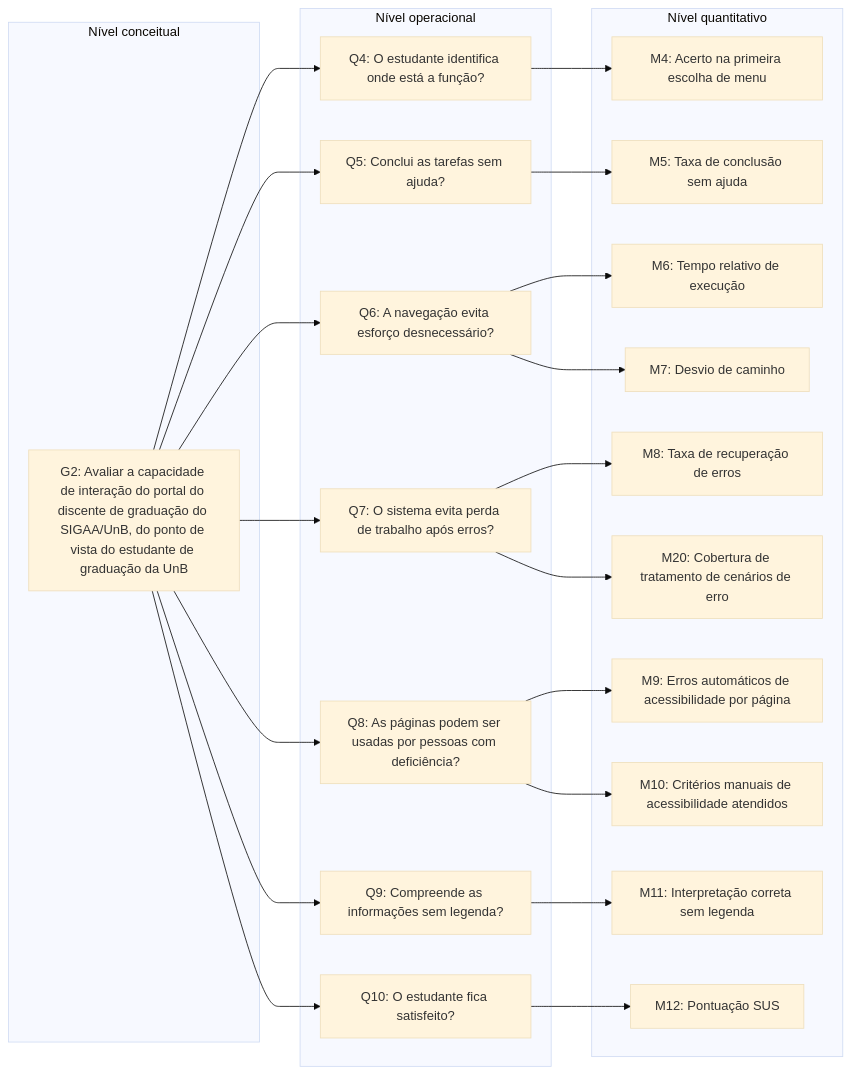
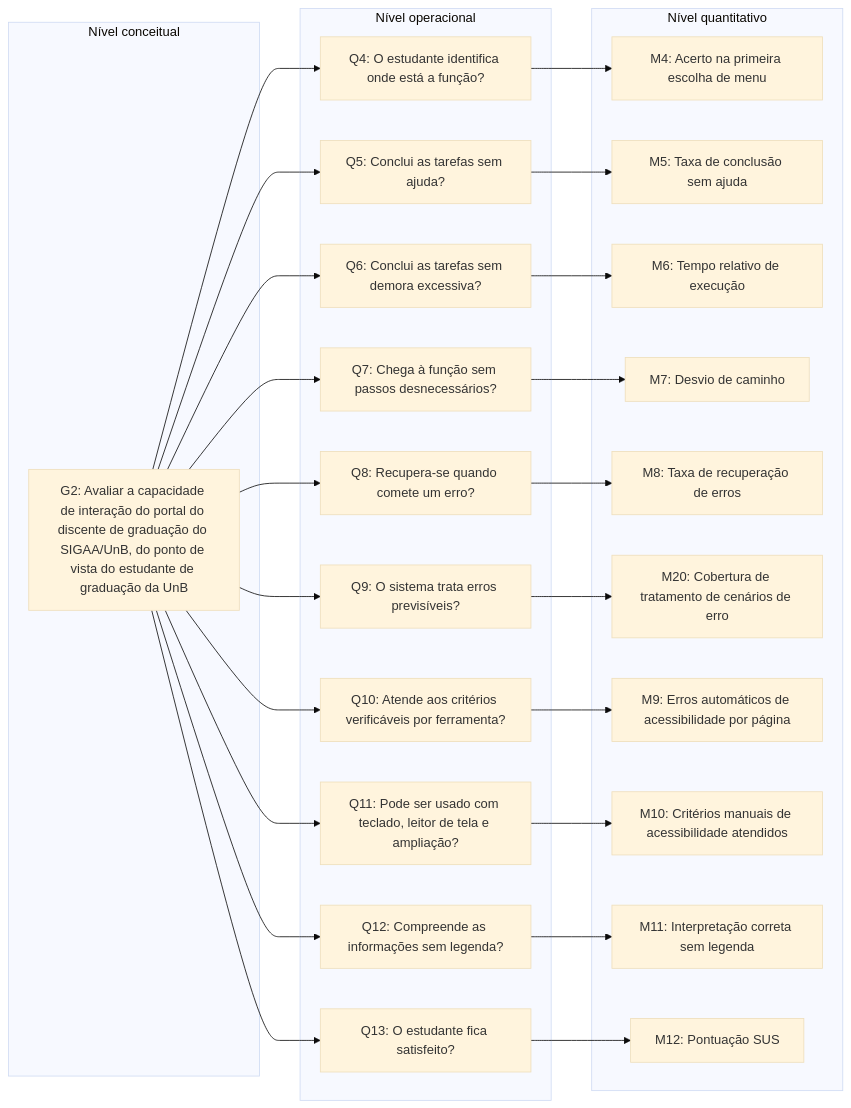
Before and after one commit to FCTE-Qualidade-de-Software-1/2026-2_T02_ADELE_GOLDSTINE: the third of 4 diagrams in docs/fase-2/grafico-gqm.md, drawn with Mermaid (base theme). The commit also changed other lines of this file, not shown here.

First line of the commit message:
[D09] Refaz os diagramas GQM com a relação 1:1

````diff
--- a/docs/fase-2/grafico-gqm.md
+++ b/docs/fase-2/grafico-gqm.md
@@ -94,35 +102,41 @@
 ```mermaid
 flowchart LR
     subgraph C["Nível conceitual"]
         G2["G2: Avaliar a capacidade de interação do portal do discente de graduação do SIGAA/UnB, do ponto de vista do estudante de graduação da UnB"]
     end
     subgraph O["Nível operacional"]
         Q4["Q4: O estudante identifica onde está a função?"]
         Q5["Q5: Conclui as tarefas sem ajuda?"]
-        Q6["Q6: A navegação evita esforço desnecessário?"]
-        Q7["Q7: O sistema evita perda de trabalho após erros?"]
-        Q8["Q8: As páginas podem ser usadas por pessoas com deficiência?"]
-        Q9["Q9: Compreende as informações sem legenda?"]
-        Q10["Q10: O estudante fica satisfeito?"]
+        Q6["Q6: Conclui as tarefas sem demora excessiva?"]
+        Q7["Q7: Chega à função sem passos desnecessários?"]
+        Q8["Q8: Recupera-se quando comete um erro?"]
+        Q9["Q9: O sistema trata erros previsíveis?"]
+        Q10["Q10: Atende aos critérios verificáveis por ferramenta?"]
+        Q11["Q11: Pode ser usado com teclado, leitor de tela e ampliação?"]
+        Q12["Q12: Compreende as informações sem legenda?"]
+        Q13["Q13: O estudante fica satisfeito?"]
     end
     subgraph Qt["Nível quantitativo"]
         M4["M4: Acerto na primeira escolha de menu"]
         M5["M5: Taxa de conclusão sem ajuda"]
         M6["M6: Tempo relativo de execução"]
         M7["M7: Desvio de caminho"]
         M8["M8: Taxa de recuperação de erros"]
+        M20["M20: Cobertura de tratamento de cenários de erro"]
         M9["M9: Erros automáticos de acessibilidade por página"]
         M10["M10: Critérios manuais de acessibilidade atendidos"]
         M11["M11: Interpretação correta sem legenda"]
         M12["M12: Pontuação SUS"]
-        M20["M20: Cobertura de tratamento de cenários de erro"]
     end
-    G2 --> Q4 & Q5 & Q6 & Q7 & Q8 & Q9 & Q10
+    G2 --> Q4 & Q5 & Q6 & Q7 & Q8 & Q9 & Q10 & Q11 & Q12 & Q13
     Q4 --> M4
     Q5 --> M5
-    Q6 --> M6 & M7
-    Q7 --> M8 & M20
-    Q8 --> M9 & M10
-    Q9 --> M11
-    Q10 --> M12
+    Q6 --> M6
+    Q7 --> M7
+    Q8 --> M8
+    Q9 --> M20
+    Q10 --> M9
+    Q11 --> M10
+    Q12 --> M11
+    Q13 --> M12
 ```
````
